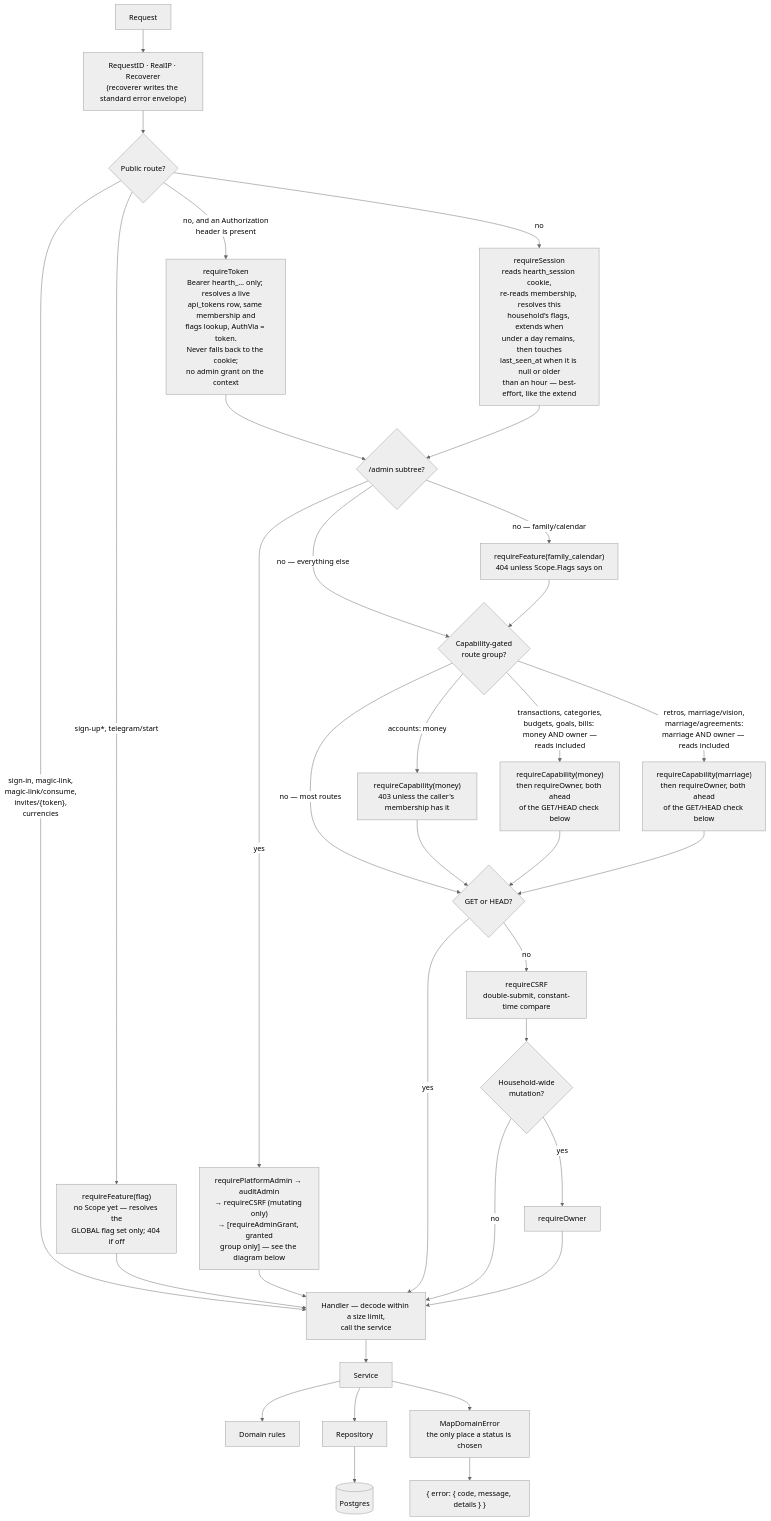
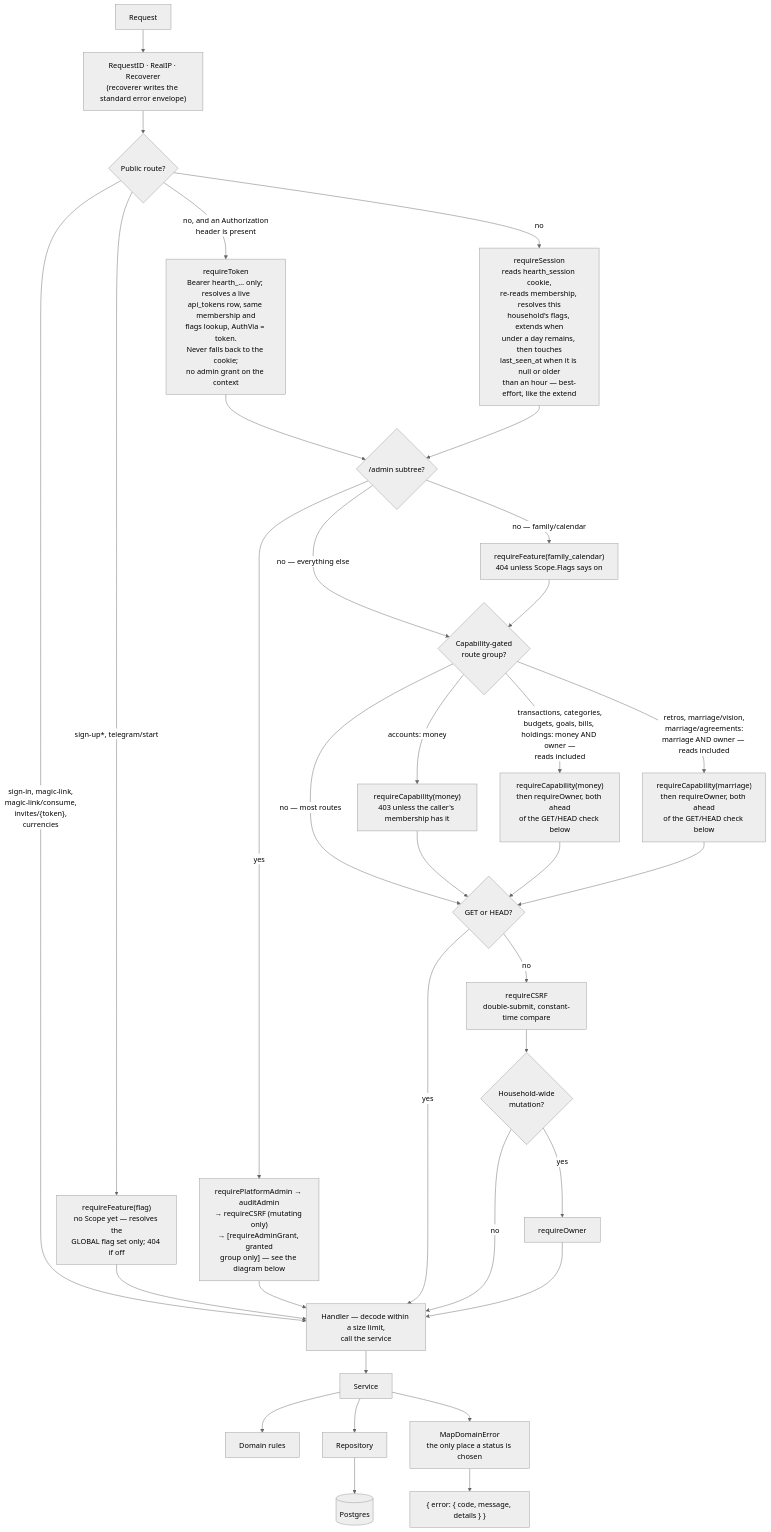
The fourth of 25 diagrams in docs/SYSTEM_DESIGN.md (oandrz/Household), drawn with Mermaid (neutral theme) before and after one commit. The commit also changed other lines of this file and 73 other files, not shown here.

````diff
--- a/docs/SYSTEM_DESIGN.md
+++ b/docs/SYSTEM_DESIGN.md
@@ -825,41 +839,41 @@
 ```mermaid
 graph TD
     Req["Request"] --> RID["RequestID · RealIP · Recoverer<br/>(recoverer writes the standard error envelope)"]
     RID --> Public{"Public route?"}
 
     Public -->|"sign-in, magic-link,<br/>magic-link/consume,<br/>invites/{token},<br/>currencies"| Handler
     Public -->|"sign-up*, telegram/start"| PublicFeature["requireFeature(flag)<br/>no Scope yet — resolves the<br/>GLOBAL flag set only; 404 if off"]
     PublicFeature --> Handler
     Public -->|no| Session["requireSession<br/>reads hearth_session cookie,<br/>re-reads membership, resolves this<br/>household's flags, extends when<br/>under a day remains, then touches<br/>last_seen_at when it is null or older<br/>than an hour — best-effort, like the extend"]
     Public -->|"no, and an Authorization<br/>header is present"| Token["requireToken<br/>Bearer hearth_… only; resolves a live<br/>api_tokens row, same membership and<br/>flags lookup, AuthVia = token.<br/>Never falls back to the cookie;<br/>no admin grant on the context"]
     Token --> RouteKind
 
     Session --> RouteKind{"/admin subtree?"}
     RouteKind -->|yes| AdminChain["requirePlatformAdmin → auditAdmin<br/>→ requireCSRF (mutating only)<br/>→ [requireAdminGrant, granted<br/>group only] — see the diagram below"]
     AdminChain --> Handler
     RouteKind -->|"no — family/calendar"| RequireFeature["requireFeature(family_calendar)<br/>404 unless Scope.Flags says on"]
     RouteKind -->|"no — everything else"| Cap{"Capability-gated<br/>route group?"}
     RequireFeature --> Cap
 
     Cap -->|"accounts: money"| RequireCap["requireCapability(money)<br/>403 unless the caller's membership has it"]
-    Cap -->|"transactions, categories,<br/>budgets, goals, bills: money AND owner —<br/>reads included"| RequireCapTxn["requireCapability(money)<br/>then requireOwner, both ahead<br/>of the GET/HEAD check below"]
+    Cap -->|"transactions, categories,<br/>budgets, goals, bills, holdings: money AND owner —<br/>reads included"| RequireCapTxn["requireCapability(money)<br/>then requireOwner, both ahead<br/>of the GET/HEAD check below"]
     Cap -->|"retros, marriage/vision,<br/>marriage/agreements:<br/>marriage AND owner — reads included"| RequireCapRetro["requireCapability(marriage)<br/>then requireOwner, both ahead<br/>of the GET/HEAD check below"]
     Cap -->|"no — most routes"| Safe{"GET or HEAD?"}
     RequireCap --> Safe
     RequireCapTxn --> Safe
     RequireCapRetro --> Safe
     Safe -->|yes| Handler
     Safe -->|no| CSRF["requireCSRF<br/>double-submit, constant-time compare"]
 
     CSRF --> Owner{"Household-wide<br/>mutation?"}
     Owner -->|yes| RequireOwner["requireOwner"]
     Owner -->|no| Handler
     RequireOwner --> Handler
 
     Handler["Handler — decode within a size limit,<br/>call the service"] --> Service["Service"]
     Service --> Domain["Domain rules"]
     Service --> Repo["Repository"]
     Repo --> DB[("Postgres")]
     Service --> MapErr["MapDomainError<br/>the only place a status is chosen"]
     MapErr --> Resp["{ error: { code, message, details } }"]
 ```
````
